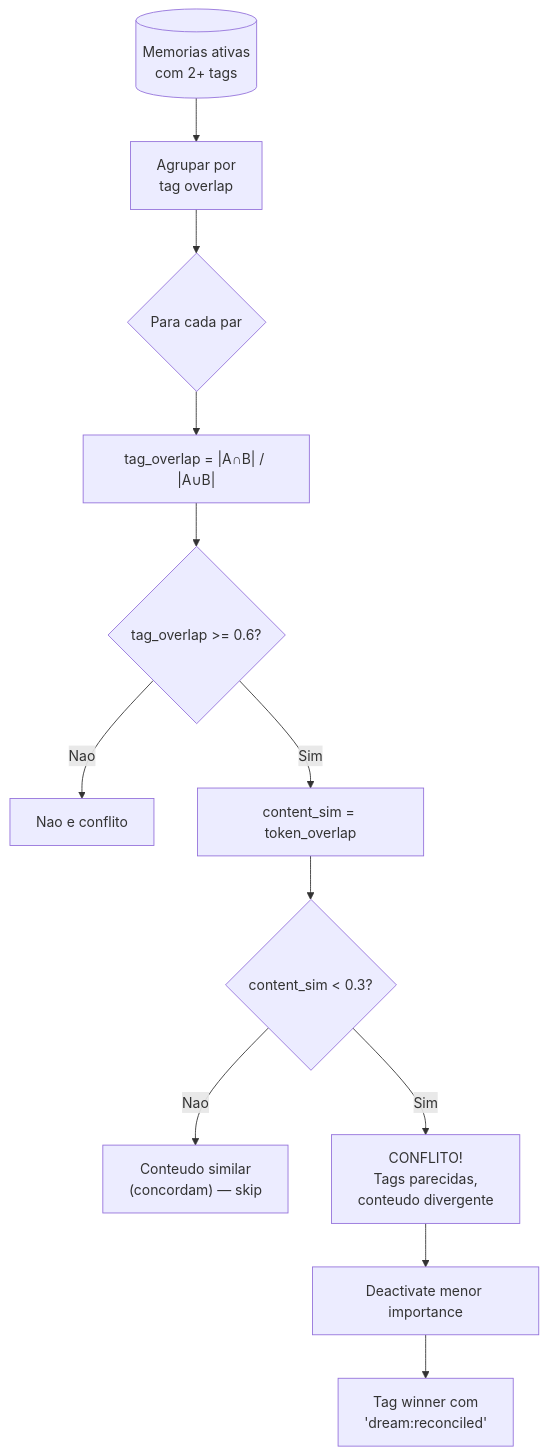
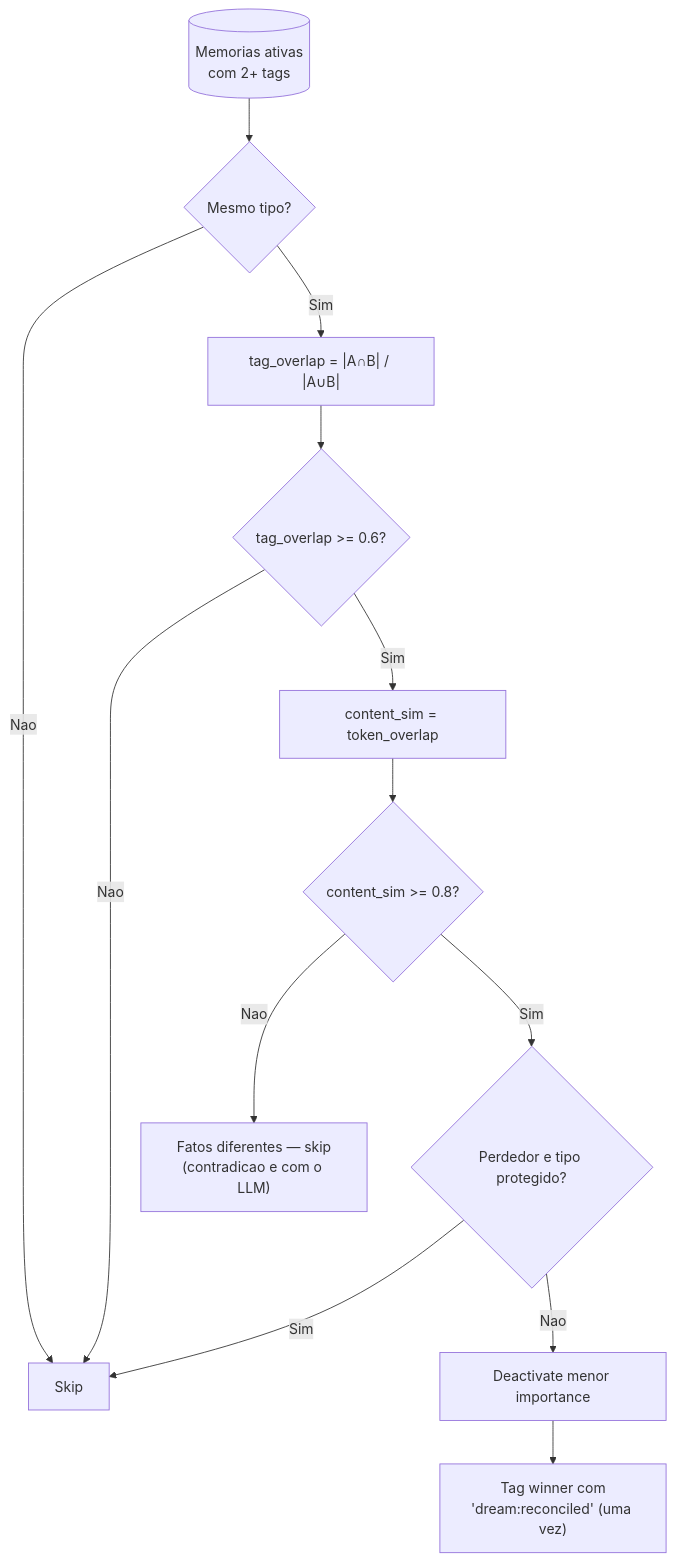
Before and after one commit to symlabs-ai/symbiote: the third of 8 diagrams in docs/arch-04-dream-mode.md, drawn with Mermaid. The commit also changed other lines of this file and 4 other files, not shown here.

````diff
--- a/docs/arch-04-dream-mode.md
+++ b/docs/arch-04-dream-mode.md
@@ -101,14 +101,15 @@
 ```mermaid
 flowchart TB
-    A[(Memorias ativas<br/>com 2+ tags)] --> B[Agrupar por<br/>tag overlap]
-    B --> C{Para cada par}
-    C --> D["tag_overlap = |A∩B| / |A∪B|"]
+    A[(Memorias ativas<br/>com 2+ tags)] --> B{Mesmo tipo?}
+    B -- Nao --> F[Skip]
+    B -- Sim --> D["tag_overlap = |A∩B| / |A∪B|"]
     D --> E{tag_overlap >= 0.6?}
-    E -- Nao --> F[Nao e conflito]
+    E -- Nao --> F
     E -- Sim --> G["content_sim = token_overlap"]
-    G --> H{content_sim < 0.3?}
-    H -- Nao --> I["Conteudo similar<br/>(concordam) — skip"]
-    H -- Sim --> J["CONFLITO!<br/>Tags parecidas,<br/>conteudo divergente"]
-    J --> K[Deactivate menor importance]
-    K --> L["Tag winner com<br/>'dream:reconciled'"]
+    G --> H{content_sim >= 0.8?}
+    H -- Nao --> I["Fatos diferentes — skip<br/>(contradicao e com o LLM)"]
+    H -- Sim --> J{Perdedor e tipo protegido?}
+    J -- Sim --> F
+    J -- Nao --> K[Deactivate menor importance]
+    K --> L["Tag winner com<br/>'dream:reconciled' (uma vez)"]
 ```
````
